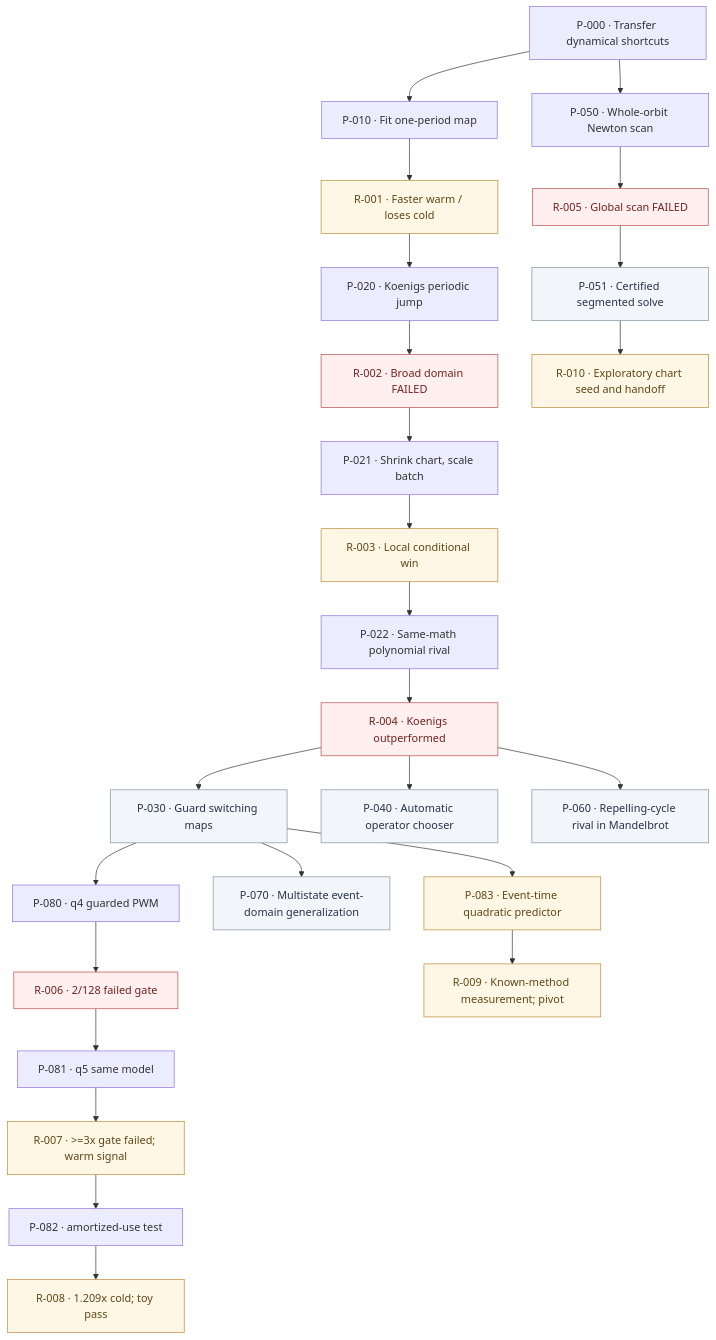
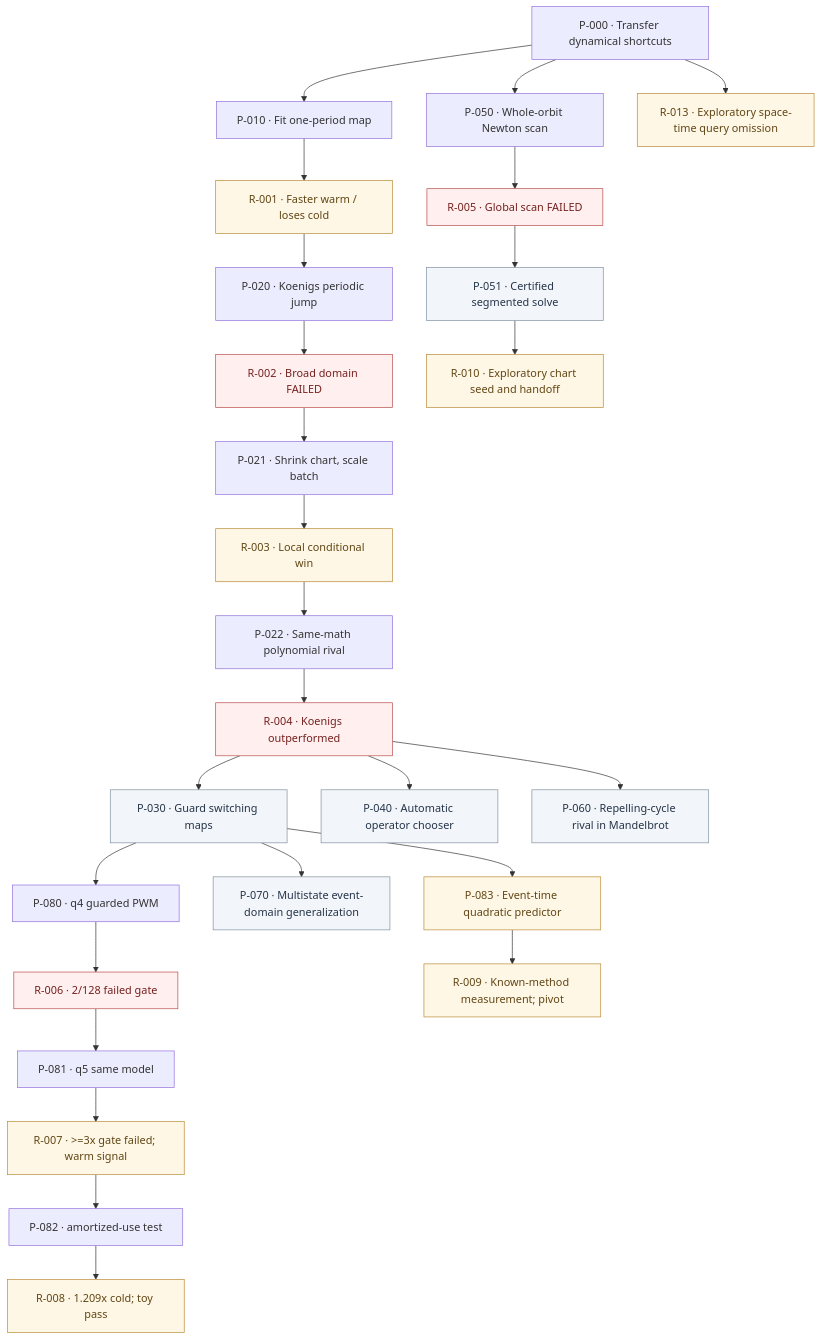
Before and after one commit to junovhs/fractodactyl: the diagram in MAP.md, drawn with Mermaid. The commit also changed other lines of this file and 2 other files, not shown here.

Commit message:
research(lab): validate input-specific space-time omission and record R-012 provenance correction (R-013)

````diff
--- a/MAP.md
+++ b/MAP.md
@@ -7,33 +7,34 @@
 ```mermaid
 flowchart TD
   P000["P-000 · Transfer dynamical shortcuts"] --> P010["P-010 · Fit one-period map"]
   P010 --> R001["R-001 · Faster warm / loses cold"]
   R001 --> P020["P-020 · Koenigs periodic jump"]
   P020 --> R002["R-002 · Broad domain FAILED"]
   R002 --> P021["P-021 · Shrink chart, scale batch"]
   P021 --> R003["R-003 · Local conditional win"]
   R003 --> P022["P-022 · Same-math polynomial rival"]
   P022 --> R004["R-004 · Koenigs outperformed"]
   R004 --> P030["P-030 · Guard switching maps"]
   R004 --> P040["P-040 · Automatic operator chooser"]
   R004 --> P060["P-060 · Repelling-cycle rival in Mandelbrot"]
   P000 --> P050["P-050 · Whole-orbit Newton scan"]
   P050 --> R005["R-005 · Global scan FAILED"]
   R005 --> P051["P-051 · Certified segmented solve"]
   P051 --> R010["R-010 · Exploratory chart seed and handoff"]
+  P000 --> R013["R-013 · Exploratory space-time query omission"]
   P030 --> P080["P-080 · q4 guarded PWM"]
   P080 --> R006["R-006 · 2/128 failed gate"]
   R006 --> P081["P-081 · q5 same model"]
   P081 --> R007["R-007 · >=3x gate failed; warm signal"]
   R007 --> P082["P-082 · amortized-use test"]
   P082 --> R008["R-008 · 1.209x cold; toy pass"]
   P030 --> P070["P-070 · Multistate event-domain generalization"]
   P030 --> P083["P-083 · Event-time quadratic predictor"]
   P083 --> R009["R-009 · Known-method measurement; pivot"]
   classDef fail fill:#ffefef,stroke:#b94a48,color:#74211f
   classDef maybe fill:#fff7e5,stroke:#b98a35,color:#604615
   classDef untested fill:#f2f5f9,stroke:#8090a0,color:#253449
   class R002,R004,R005,R006 fail
-  class R001,R003,R007,R008,R009,R010,P083 maybe
+  class R001,R003,R007,R008,R009,R010,R013,P083 maybe
   class P030,P040,P051,P060,P070 untested
 ```
````
